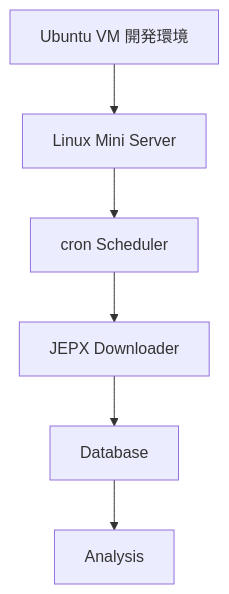
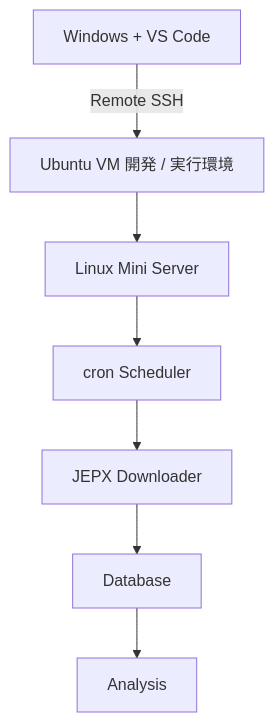
One commit to banzai80311315/jepx-data-analytics-platform changed the eighth of 10 diagrams in README.md. Above: the diagram before and after it, drawn with Mermaid. The commit also changed other lines of this file, not shown here.

````diff
--- a/README.md
+++ b/README.md
@@ -168,9 +234,10 @@
 ```mermaid
 flowchart TD
-    A[Ubuntu VM 開発環境]
-    A --> B[Linux Mini Server]
-    B --> C[cron Scheduler]
-    C --> D[JEPX Downloader]
-    D --> E[Database]
-    E --> F[Analysis]
+    A[Windows + VS Code]
+    A -->|Remote SSH| B[Ubuntu VM 開発 / 実行環境]
+    B --> C[Linux Mini Server]
+    C --> D[cron Scheduler]
+    D --> E[JEPX Downloader]
+    E --> F[Database]
+    F --> G[Analysis]
 ```
````
